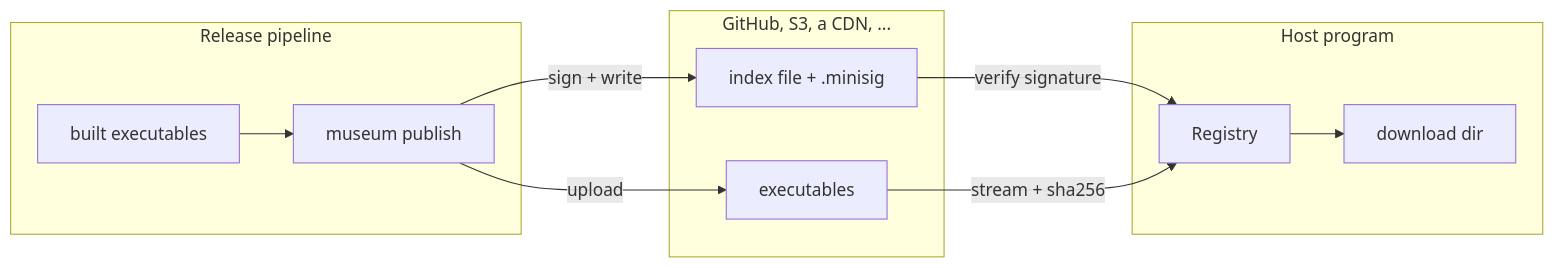
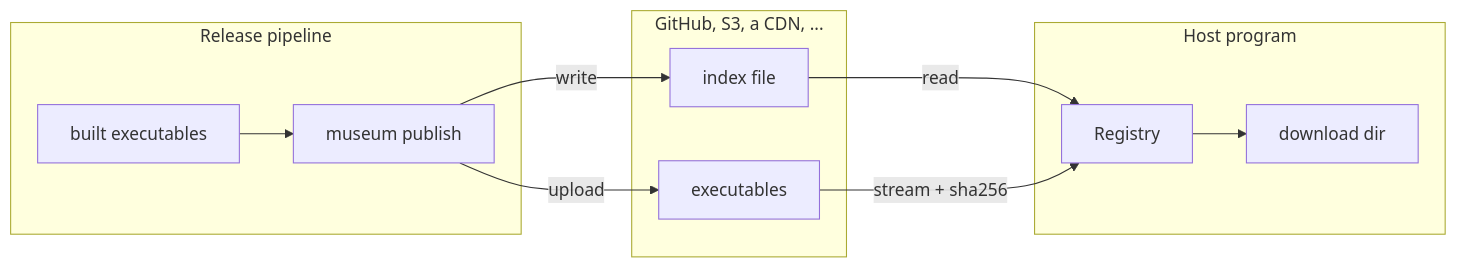
Before and after one commit to vutran1710/museum-rs: the diagram in README.md, drawn with Mermaid. The commit also changed other lines of this file and 30 other files, not shown here.

````diff
--- a/README.md
+++ b/README.md
@@ -43,17 +43,17 @@
 ```mermaid
 flowchart LR
     subgraph pipeline [Release pipeline]
         B[built executables] --> P[museum publish]
     end
     subgraph remote [GitHub, S3, a CDN, ...]
         A[executables]
-        I[index file + .minisig]
+        I[index file]
     end
     subgraph host [Host program]
         R[Registry] --> D[download dir]
     end
     P -- upload --> A
-    P -- sign + write --> I
-    I -- verify signature --> R
+    P -- write --> I
+    I -- read --> R
     A -- stream + sha256 --> R
 ```
````
